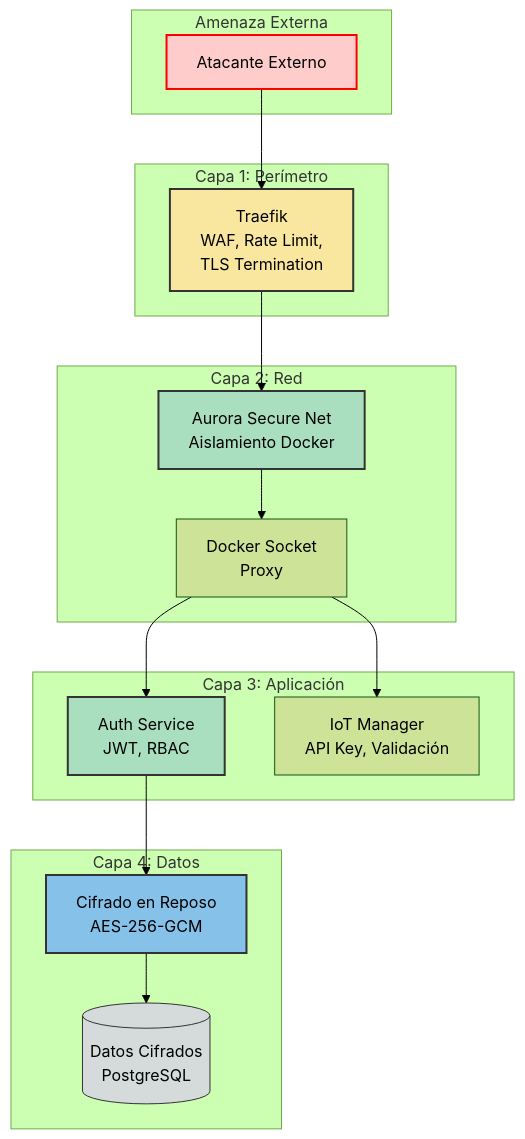
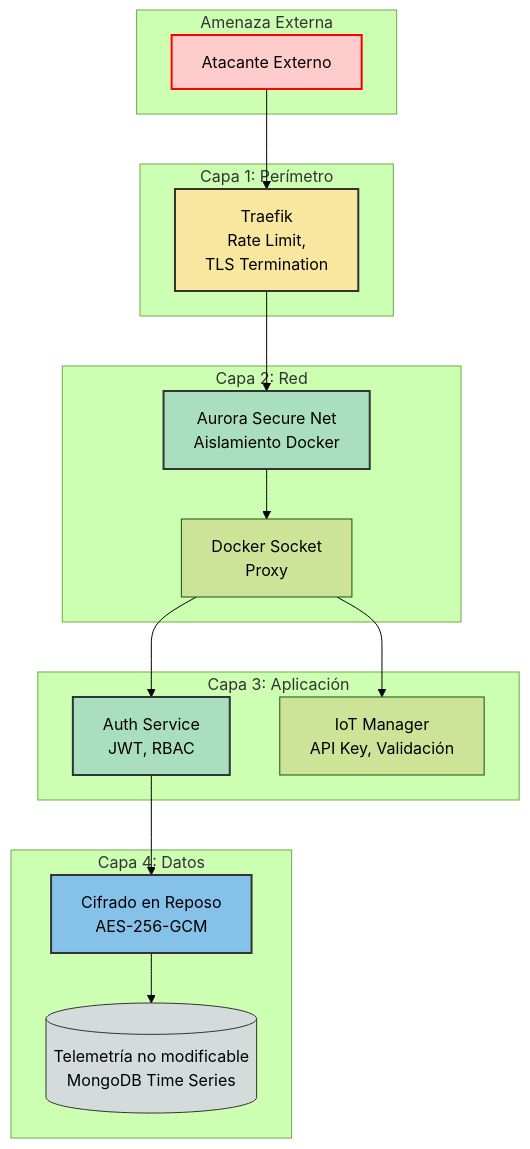
Before and after one commit to eromeroc97/TFG_AURORA_Blockchain: the second of 9 diagrams in docs/PATTERNS_AND_SECURITY.md, drawn with Mermaid (forest theme).

````diff
--- a/docs/PATTERNS_AND_SECURITY.md
+++ b/docs/PATTERNS_AND_SECURITY.md
@@ -103,41 +103,42 @@
 ```mermaid
 
 flowchart TB
     subgraph "Amenaza Externa"
         ATACANTE[Atacante Externo]
     end
 
     subgraph "Capa 1: Perímetro"
-        FW[Traefik<br/>WAF, Rate Limit,<br/>TLS Termination]
+        FW[Traefik<br/>Rate Limit,<br/>TLS Termination]
     end
 
     subgraph "Capa 2: Red"
         NETWORK[Aurora Secure Net<br/>Aislamiento Docker]
         PROXY[Docker Socket<br/>Proxy]
     end
 
     subgraph "Capa 3: Aplicación"
         AUTH[Auth Service<br/>JWT, RBAC]
         IOT[IoT Manager<br/>API Key, Validación]
     end
 
     subgraph "Capa 4: Datos"
         DB[(Datos Cifrados<br/>PostgreSQL)]
         CRYPTO[Cifrado en Reposo<br/>AES-256-GCM]
+        DB[(Telemetría no modificable<br/>MongoDB Time Series)]
     end
 
     ATACANTE --> FW
     FW --> NETWORK
     NETWORK --> PROXY
     PROXY --> AUTH
     PROXY --> IOT
     AUTH --> CRYPTO
     CRYPTO --> DB
     
     style ATACANTE fill:#ffcccc,stroke:#ff0000,stroke-width:2px
     style FW fill:#f9e79f,stroke:#333,stroke-width:2px
     style NETWORK fill:#a9dfbf,stroke:#333,stroke-width:2px
     style AUTH fill:#a9dfbf,stroke:#333,stroke-width:2px
     style CRYPTO fill:#85c1e9,stroke:#333,stroke-width:2px
     style DB fill:#d5dbdb,stroke:#333
 ```
````
